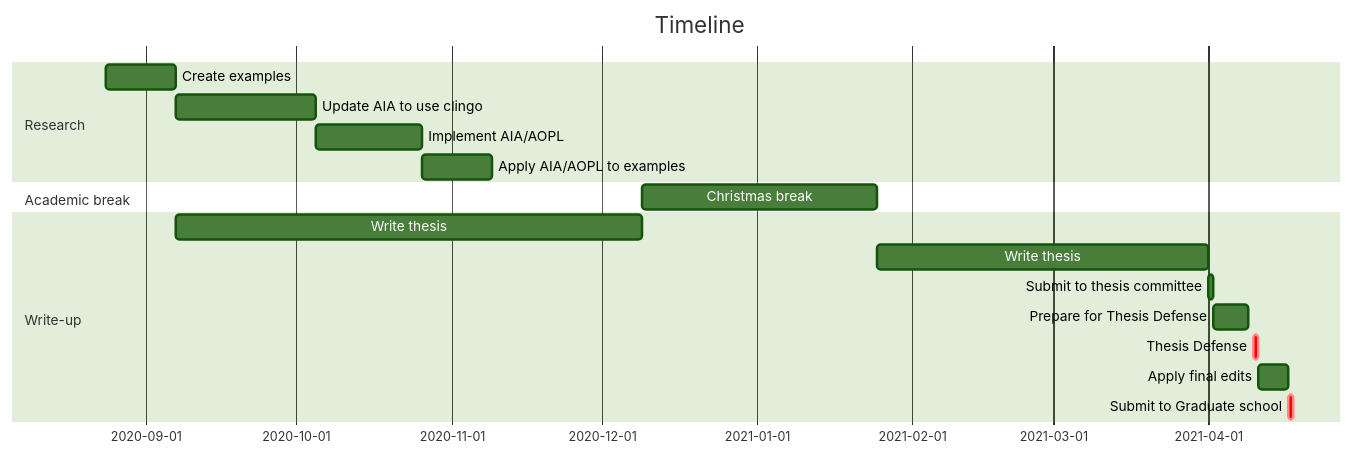
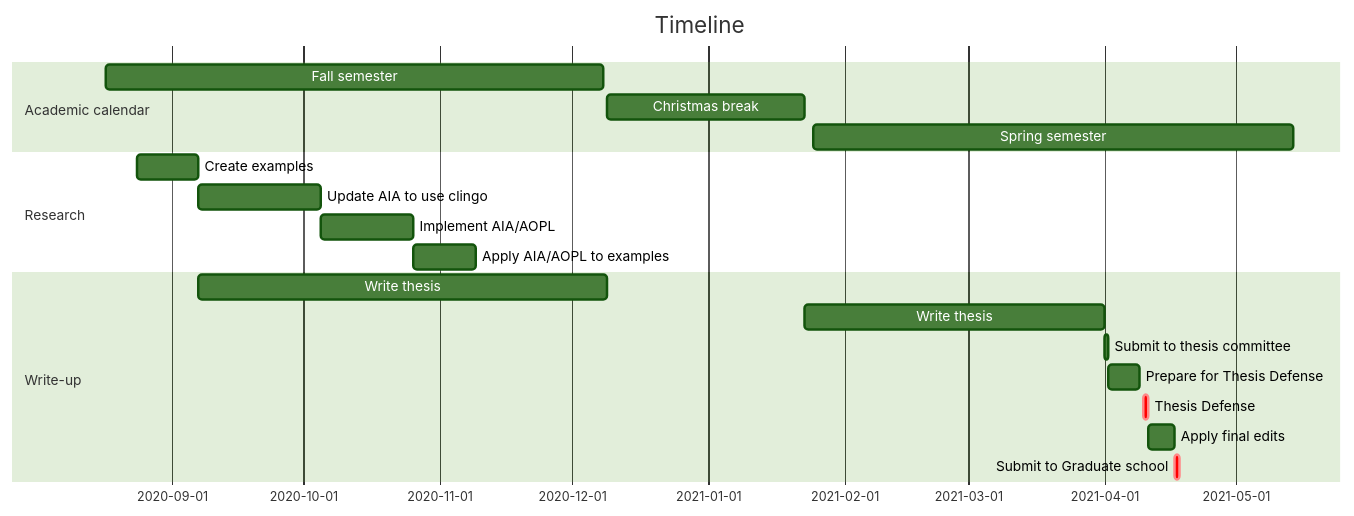
Before and after one commit to Entze/APIA: the diagram in Figures/Timeline.mmd, drawn with Mermaid (forest theme).

Commit message:
Update timeline

```diff
--- a/Figures/Timeline.mmd
+++ b/Figures/Timeline.mmd
@@ -1,21 +1,24 @@
 gantt
 	title Timeline
 	dateFormat  YYYY-MM-DD
+
+	section Academic calendar
+		Fall semester				: fall_semester, 2020-08-17, 2020-12-08
+		Christmas break				: christmas_break, 2020-12-09, 2021-01-23
+		%% J-term						: j_term, 2021-01-02, 2021-01-23
+		Spring semester				: spring_semester, 2021-01-25, 2021-05-14
 
 	section Research
 		Create examples				: create_examples, 2020-08-24, 2w
 		Update AIA to use clingo	: update_aia, after create_examples, 4w
 		Implement AIA/AOPL			: implement_aia_aopl, after update_aia, 3w
 		Apply AIA/AOPL to examples	: apply_aia_aopl, after implement_aia_aopl, 2w
-
-	section Academic break
-		Christmas break				: christmas_break, 2020-12-09, 2021-01-25
 
 	section Write-up
 		Write thesis				: thesis, after create_examples, 2020-12-09
 		Write thesis				: thesis, after christmas_break, 2021-04-01
 		Submit to thesis committee	: committee_submission, 2021-04-01, 1d
 		Prepare for Thesis Defense	: after committee_submission, 7d
 		Thesis Defense				: crit, defense, 2021-04-10, 1d
 		Apply final edits			: after defense, 2021-04-17
 		Submit to Graduate school	: crit, final_submission, 2021-04-17, 1d
```
